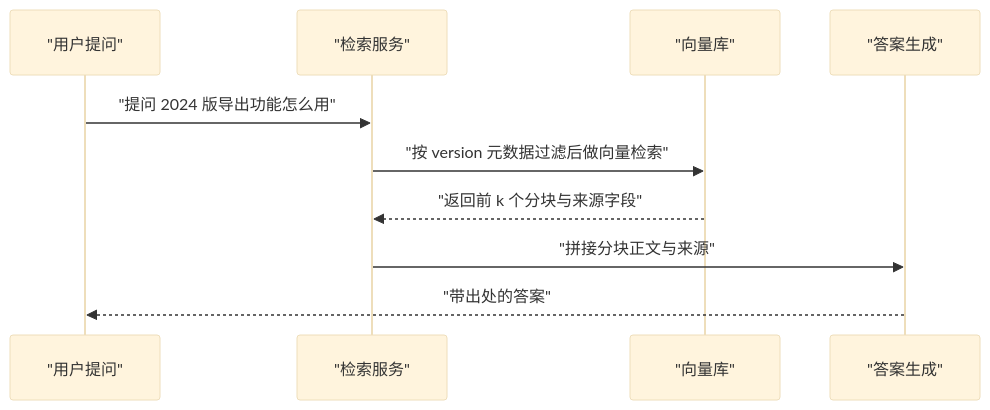
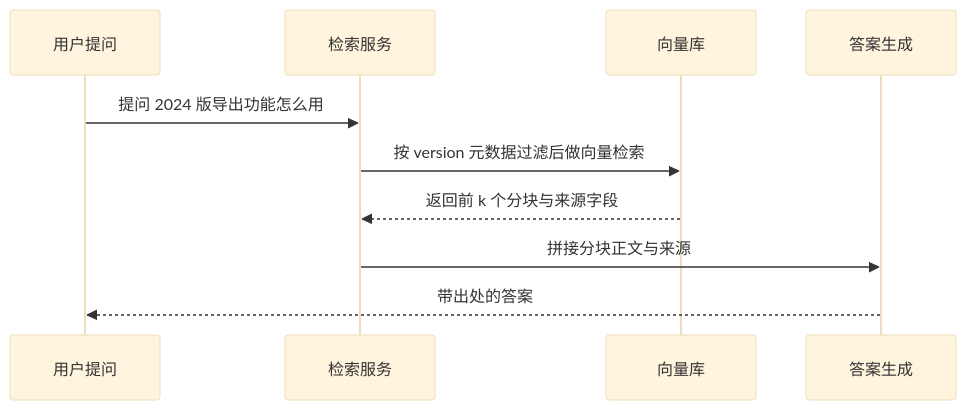
One commit to Shyu-x/frontend-interview changed the sixth of 7 diagrams in docs/agent/applications/rag-knowledge-base.md. Above: the diagram before and after it, drawn with Mermaid (base theme). The commit also changed other lines of this file and 23 other files, not shown here.

First line of the commit message:
fix(docs): 修复 28 张无法渲染的 Mermaid 图，新增真实解析器校验与 PDF 下载页

````diff
--- a/docs/agent/applications/rag-knowledge-base.md
+++ b/docs/agent/applications/rag-knowledge-base.md
@@ -933,12 +933,12 @@
 ```mermaid
 sequenceDiagram
-  participant U as "用户提问"
-  participant R as "检索服务"
-  participant V as "向量库"
-  participant G as "答案生成"
-  U->>R: "提问 2024 版导出功能怎么用"
-  R->>V: "按 version 元数据过滤后做向量检索"
-  V-->>R: "返回前 k 个分块与来源字段"
-  R->>G: "拼接分块正文与来源"
-  G-->>U: "带出处的答案"
+  participant U as 用户提问
+  participant R as 检索服务
+  participant V as 向量库
+  participant G as 答案生成
+  U->>R: 提问 2024 版导出功能怎么用
+  R->>V: 按 version 元数据过滤后做向量检索
+  V-->>R: 返回前 k 个分块与来源字段
+  R->>G: 拼接分块正文与来源
+  G-->>U: 带出处的答案
 ```
````
